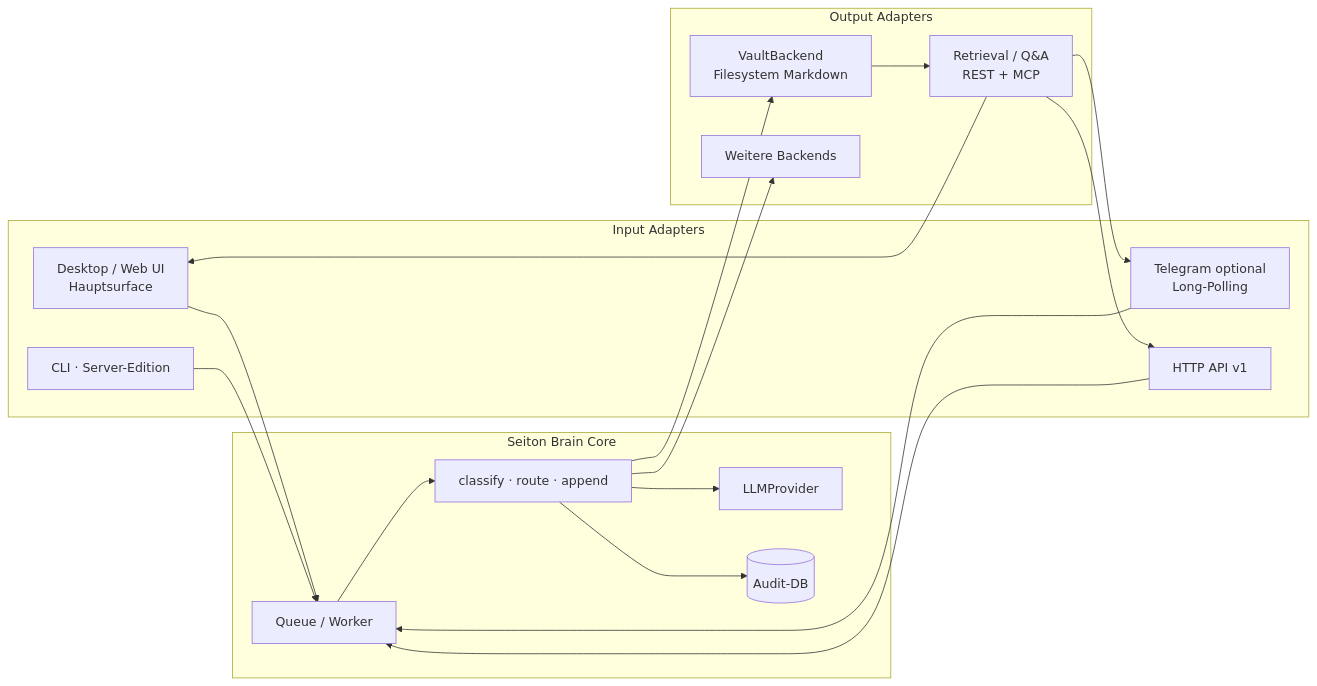
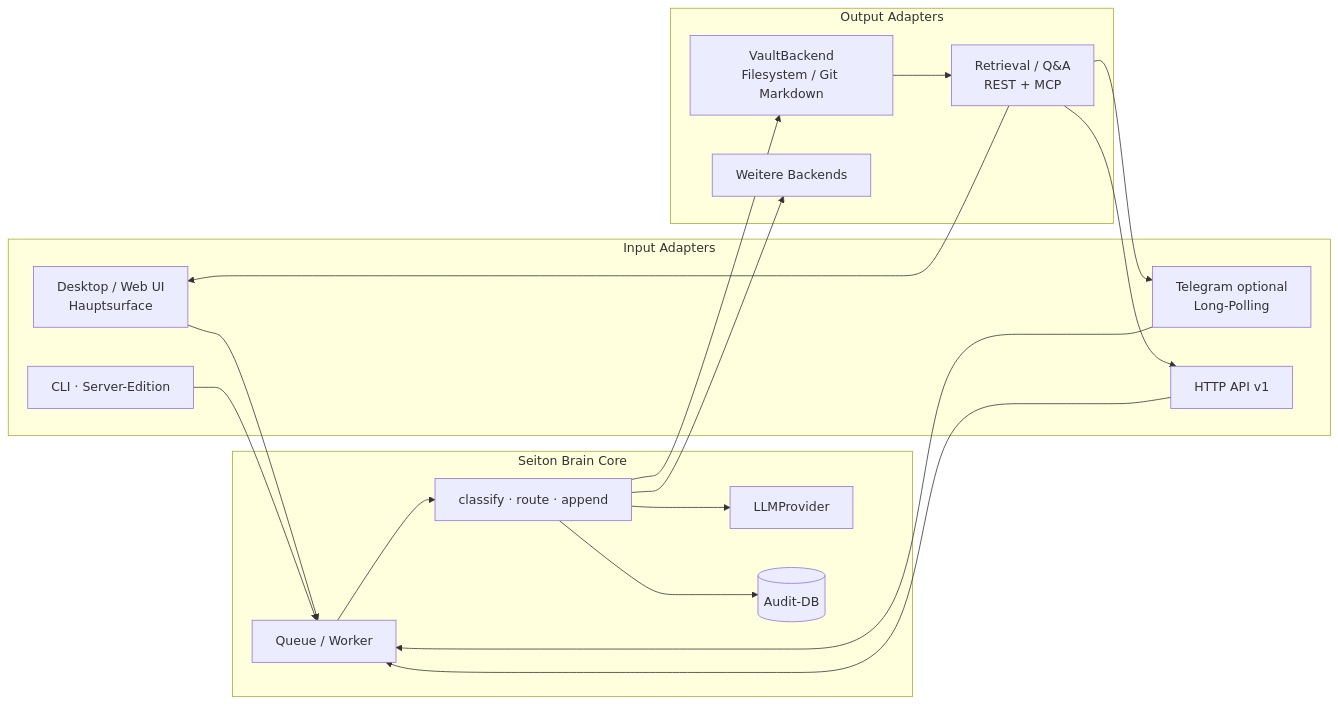
One commit to LeekiGitHub/Seiton-Brain changed the second of 2 diagrams in ARCHITECTURE.md. Above: the diagram before and after it, drawn with Mermaid. The commit also changed other lines of this file and 11 other files, not shown here.

First line of the commit message:
feat(vault): E15-3 Git-backed VaultBackend

````diff
--- a/ARCHITECTURE.md
+++ b/ARCHITECTURE.md
@@ -281,35 +282,35 @@
 ```mermaid
 flowchart LR
   subgraph inputs [Input Adapters]
     UI[Desktop / Web UI<br/>Hauptsurface]
     TG[Telegram optional<br/>Long-Polling]
     API[HTTP API v1]
     CLI[CLI · Server-Edition]
   end
 
   subgraph core [Seiton Brain Core]
     Q[Queue / Worker]
     SVC[classify · route · append]
     LLM[LLMProvider]
     DB[(Audit-DB)]
   end
 
   subgraph outputs [Output Adapters]
-    VAULT[VaultBackend<br/>Filesystem Markdown]
+    VAULT[VaultBackend<br/>Filesystem / Git Markdown]
     ALT[Weitere Backends]
     RET[Retrieval / Q&A<br/>REST + MCP]
   end
 
   UI --> Q
   TG --> Q
   API --> Q
   CLI --> Q
   Q --> SVC --> LLM
   SVC --> DB
   SVC --> VAULT
   SVC --> ALT
   VAULT --> RET
   RET --> UI
   RET --> TG
   RET --> API
 ```
````
